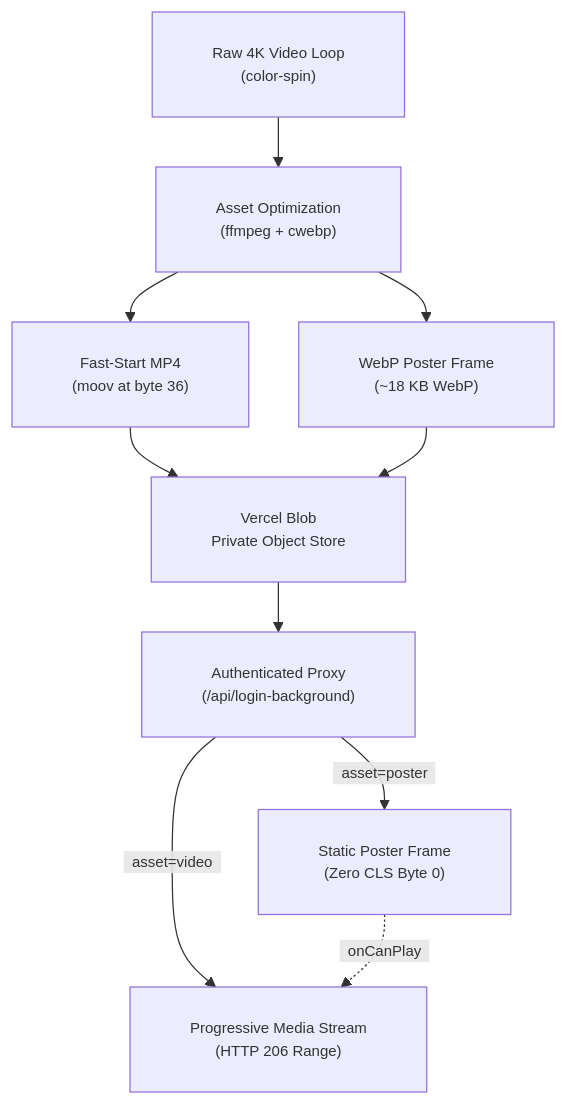
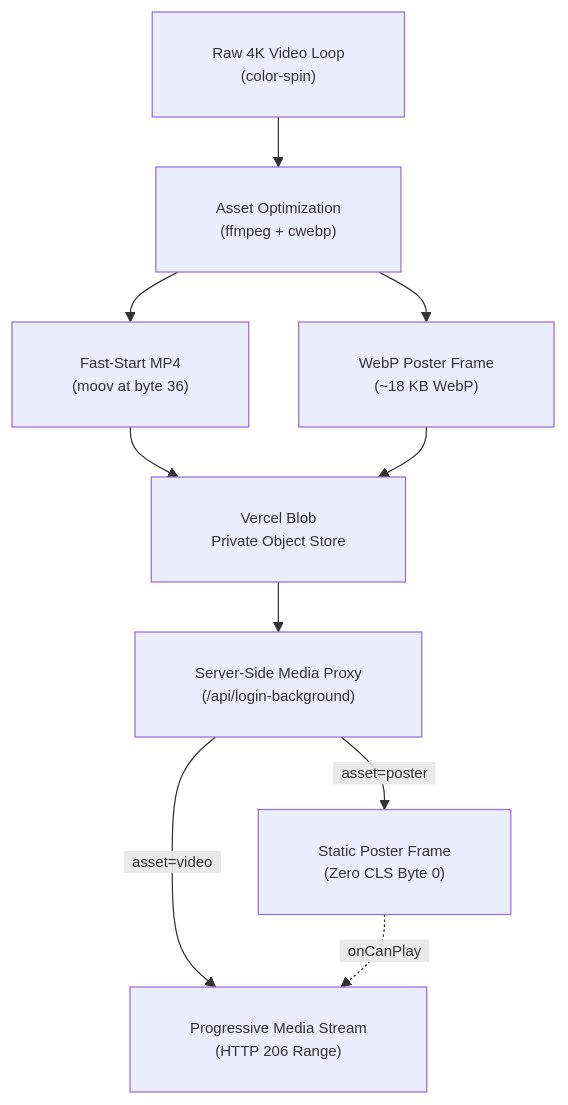
Before and after one commit to Marqlo-C/mailpilot: the fourth of 4 diagrams in README.md, drawn with Mermaid. The commit also changed other lines of this file, not shown here.

````diff
--- a/README.md
+++ b/README.md
@@ -560,13 +538,13 @@
 ```mermaid
 %%{init: {"themeVariables": {"fontSize": "12px", "fontFamily": "-apple-system, BlinkMacSystemFont, Segoe UI, sans-serif"}, "themeCSS": ".edgeLabel foreignObject { overflow: visible !important; } .edgeLabel span { padding: 0 4px; }", "flowchart": {"padding": 24, "nodeSpacing": 40, "rankSpacing": 40}}}%%
 flowchart TD
     A["Raw 4K Video Loop<br/>(color-spin)"] --> B["Asset Optimization<br/>(ffmpeg + cwebp)"]
     B --> C["Fast-Start MP4<br/>(moov at byte 36)"]
     B --> D["WebP Poster Frame<br/>(~18 KB WebP)"]
     C --> E["Vercel Blob<br/>Private Object Store"]
     D --> E
-    E --> F["Authenticated Proxy<br/>(/api/login-background)"]
+    E --> F["Server-Side Media Proxy<br/>(/api/login-background)"]
     F -->|"&nbsp;&nbsp;asset=poster&nbsp;&nbsp;"| G["Static Poster Frame<br/>(Zero CLS Byte 0)"]
     F -->|"&nbsp;&nbsp;asset=video&nbsp;&nbsp;"| H["Progressive Media Stream<br/>(HTTP 206 Range)"]
     G -.->|"&nbsp;&nbsp;onCanPlay&nbsp;&nbsp;"| H
 ```
````
